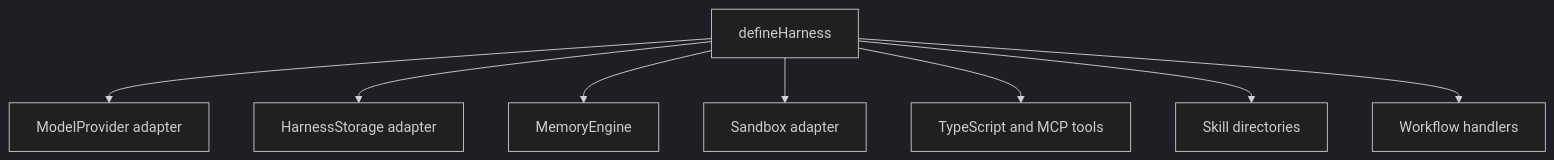
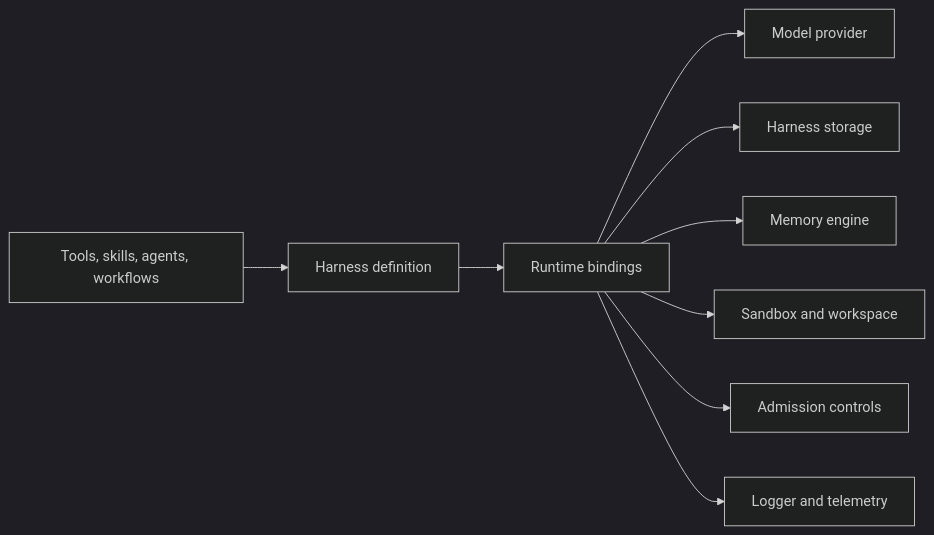
The diagram in docs/guides/extending-and-customizing.md (puristajs/harness), drawn with Mermaid (dark theme) before and after one commit. The commit also changed other lines of this file and 133 other files, not shown here.

````diff
--- a/docs/guides/extending-and-customizing.md
+++ b/docs/guides/extending-and-customizing.md
@@ -8,10 +7,11 @@
 ```mermaid
-flowchart TD
-  Harness["defineHarness"] --> Model["ModelProvider adapter"]
-  Harness --> State["HarnessStorage adapter"]
-  Harness --> Memory["MemoryEngine"]
-  Harness --> Sandbox["Sandbox adapter"]
-  Harness --> Tools["TypeScript and MCP tools"]
-  Harness --> Skills["Skill directories"]
-  Harness --> Workflows["Workflow handlers"]
+flowchart LR
+  Definitions["Tools, skills, agents, workflows"] --> Harness["Harness definition"]
+  Harness --> Runtime["Runtime bindings"]
+  Runtime --> Model["Model provider"]
+  Runtime --> Storage["Harness storage"]
+  Runtime --> Memory["Memory engine"]
+  Runtime --> Sandbox["Sandbox and workspace"]
+  Runtime --> Admission["Admission controls"]
+  Runtime --> Telemetry["Logger and telemetry"]
 ```
````
